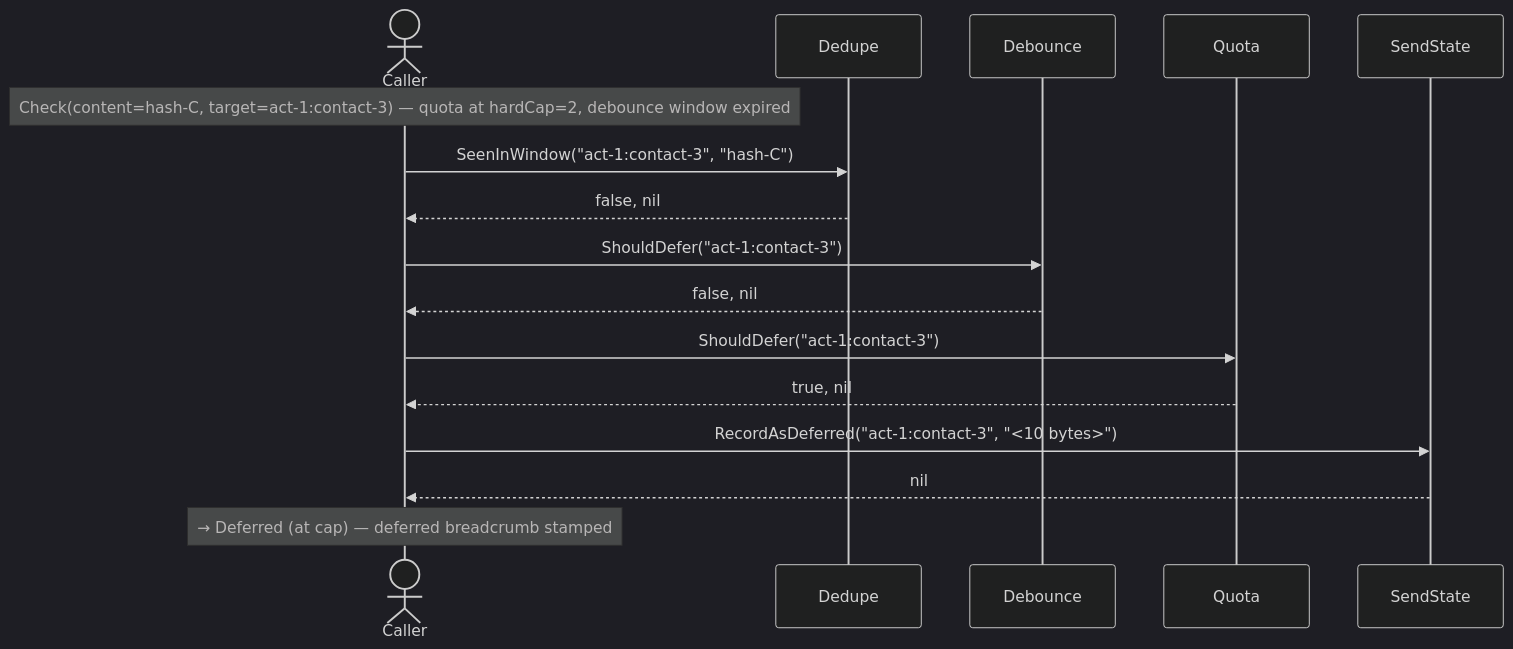
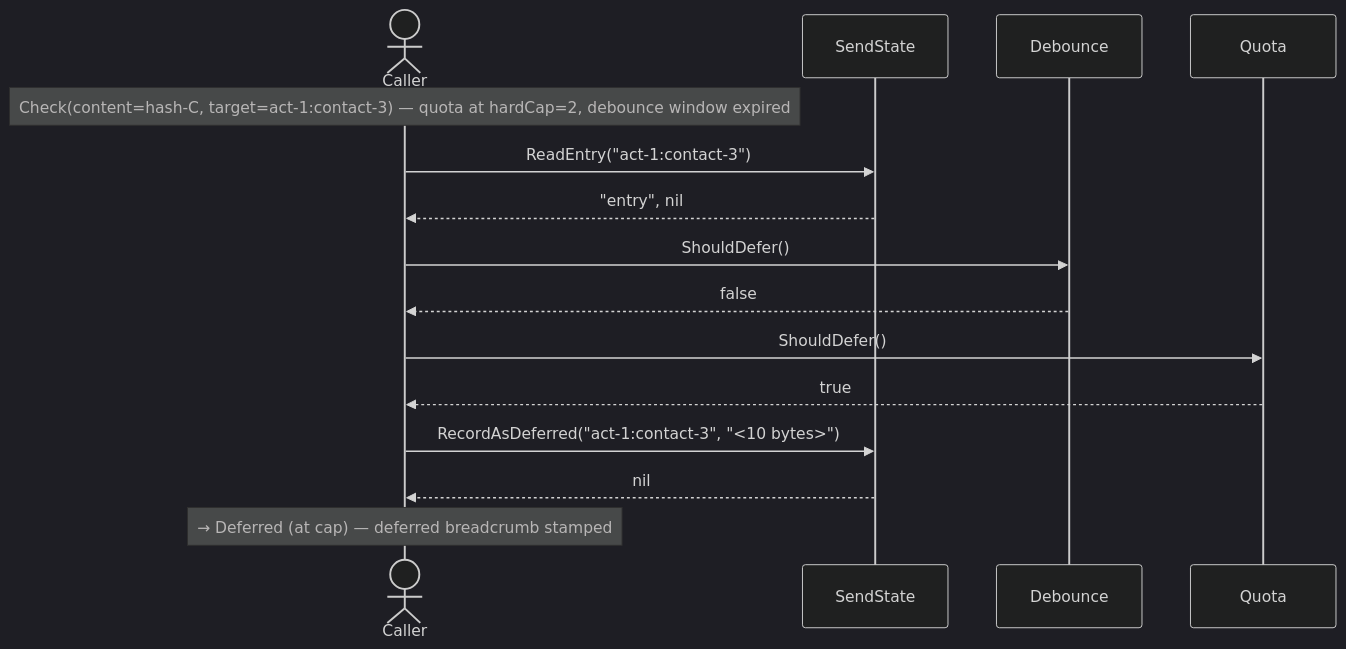
Before and after one commit to homemade/pith: the fourth of 5 diagrams in protect/sequence_test.md, drawn with Mermaid (dark theme). The commit also changed other lines of this file and 13 other files, not shown here.

````diff
--- a/protect/sequence_test.md
+++ b/protect/sequence_test.md
@@ -62,19 +62,18 @@
 ```mermaid
 sequenceDiagram
     actor C as Caller
-    participant Dedupe
+    participant SendState
     participant Debounce
     participant Quota
-    participant SendState
 
     Note over C: Check(content=hash-C, target=act-1:contact-3) — quota at hardCap=2, debounce window expired
-    C->>Dedupe: SeenInWindow("act-1:contact-3", "hash-C")
-    Dedupe-->>C: false, nil
-    C->>Debounce: ShouldDefer("act-1:contact-3")
-    Debounce-->>C: false, nil
-    C->>Quota: ShouldDefer("act-1:contact-3")
-    Quota-->>C: true, nil
+    C->>SendState: ReadEntry("act-1:contact-3")
+    SendState-->>C: "entry", nil
+    C->>Debounce: ShouldDefer()
+    Debounce-->>C: false
+    C->>Quota: ShouldDefer()
+    Quota-->>C: true
     C->>SendState: RecordAsDeferred("act-1:contact-3", "<10 bytes>")
     SendState-->>C: nil
     Note over C: → Deferred (at cap) — deferred breadcrumb stamped
 ```
````
